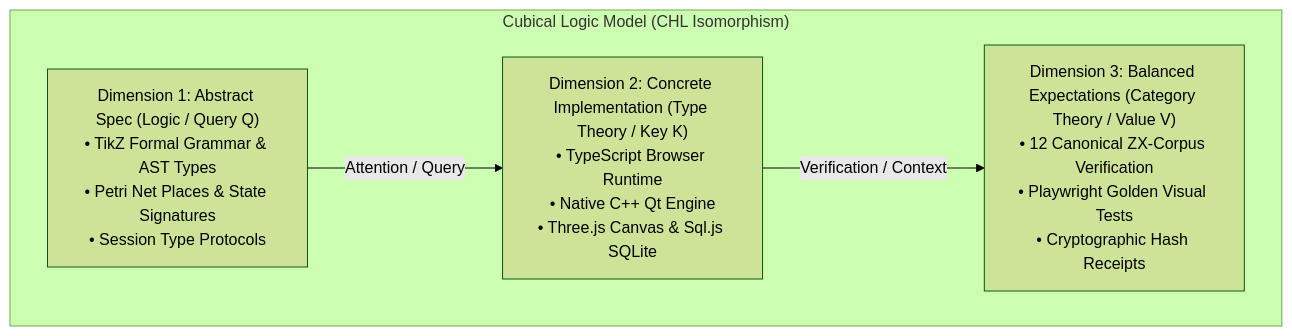
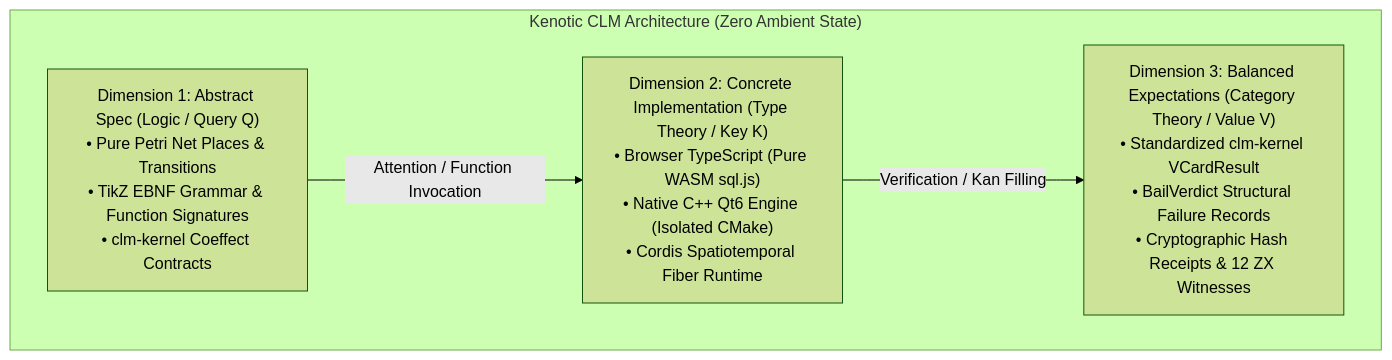
The first of 5 diagrams in docs/sprints/_active/PROPOSAL-20-24-ALGEBRAIC-MODULARITY-CLM-AND-BUILD-UNIFICATION.md (xlp0/tikzit), drawn with Mermaid (forest theme) before and after one commit. The commit also changed other lines of this file and 6 other files, not shown here.

Commit message:
docs(sprints): infuse Kenotic CLM, Cordis spatiotemporal compositionality, and clm-kernel standardized modes across Sprints 20-24

````diff
--- a/docs/sprints/_active/PROPOSAL-20-24-ALGEBRAIC-MODULARITY-CLM-AND-BUILD-UNIFICATION.md
+++ b/docs/sprints/_active/PROPOSAL-20-24-ALGEBRAIC-MODULARITY-CLM-AND-BUILD-UNIFICATION.md
@@ -45,12 +62,12 @@
 ```mermaid
 graph TD
-    subgraph CLM_Three_Dimensions["Cubical Logic Model (CHL Isomorphism)"]
+    subgraph Kenotic_CLM_Triad["Kenotic CLM Architecture (Zero Ambient State)"]
         direction LR
-        Q["Dimension 1: Abstract Spec (Logic / Query Q)<br/>• TikZ Formal Grammar & AST Types<br/>• Petri Net Places & State Signatures<br/>• Session Type Protocols"]
-        K["Dimension 2: Concrete Implementation (Type Theory / Key K)<br/>• TypeScript Browser Runtime<br/>• Native C++ Qt Engine<br/>• Three.js Canvas & Sql.js SQLite"]
-        V["Dimension 3: Balanced Expectations (Category Theory / Value V)<br/>• 12 Canonical ZX-Corpus Verification<br/>• Playwright Golden Visual Tests<br/>• Cryptographic Hash Receipts"]
+        Q["Dimension 1: Abstract Spec (Logic / Query Q)<br/>• Pure Petri Net Places & Transitions<br/>• TikZ EBNF Grammar & Function Signatures<br/>• clm-kernel Coeffect Contracts"]
+        K["Dimension 2: Concrete Implementation (Type Theory / Key K)<br/>• Browser TypeScript (Pure WASM sql.js)<br/>• Native C++ Qt6 Engine (Isolated CMake)<br/>• Cordis Spatiotemporal Fiber Runtime"]
+        V["Dimension 3: Balanced Expectations (Category Theory / Value V)<br/>• Standardized clm-kernel VCardResult<br/>• BailVerdict Structural Failure Records<br/>• Cryptographic Hash Receipts & 12 ZX Witnesses"]
         
-        Q -->|Attention / Query| K
-        K -->|Verification / Context| V
+        Q -->|Attention / Function Invocation| K
+        K -->|Verification / Kan Filling| V
     end
 ```
````
